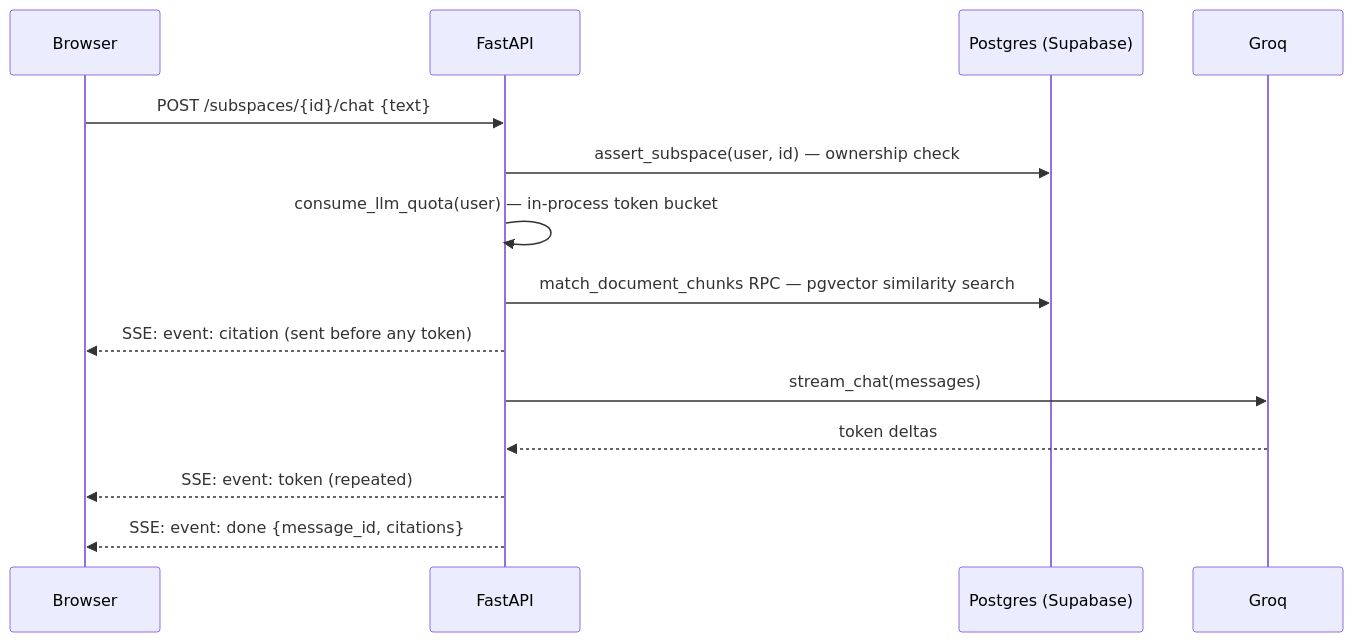
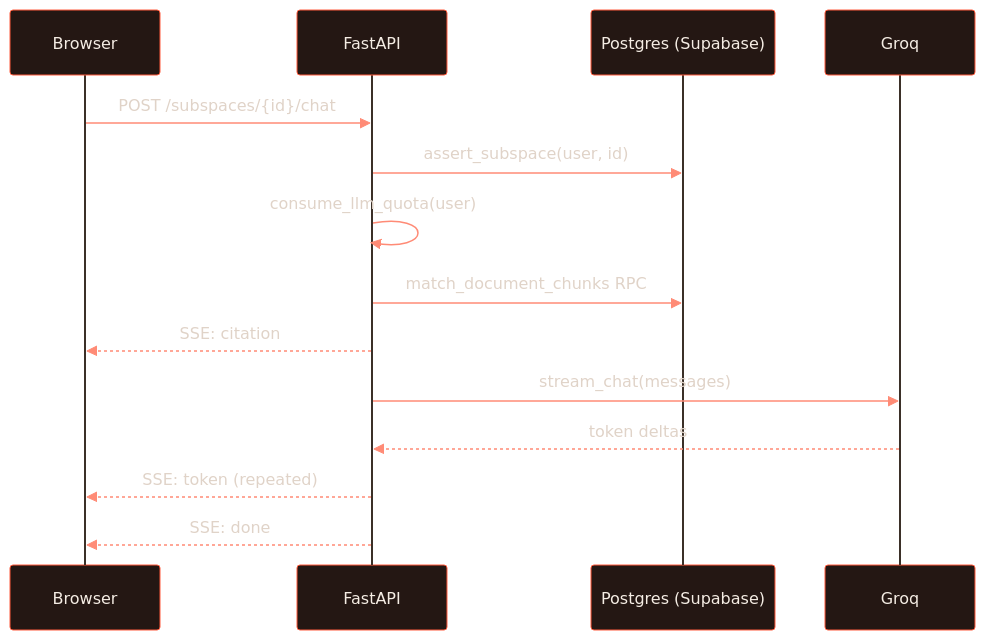
Before and after one commit to Abiram116/New-Space-Learn: the second of 2 diagrams in README.md, drawn with Mermaid. The commit also changed other lines of this file and 5 other files, not shown here.

````diff
--- a/README.md
+++ b/README.md
@@ -213,17 +276,27 @@
 ```mermaid
+%%{init: {'theme':'base', 'themeVariables': {
+  'primaryColor': '#262119', 'primaryTextColor': '#f5ede4', 'primaryBorderColor': '#ff5a3c',
+  'lineColor': '#ff8b76', 'background': '#1e1a17', 'mainBkg': '#262119',
+  'actorBkg': '#241713', 'actorBorder': '#ff5a3c', 'actorTextColor': '#f5ede4',
+  'actorLineColor': '#3b3028', 'signalColor': '#ff8b76', 'signalTextColor': '#e0d3c8',
+  'labelBoxBkgColor': '#0e2f34', 'labelBoxBorderColor': '#35d6e8', 'labelTextColor': '#f5ede4',
+  'noteBkgColor': '#34260c', 'noteBorderColor': '#ffc53d', 'noteTextColor': '#ffdd8f',
+  'activationBkgColor': '#22320f', 'activationBorderColor': '#b8ff3c',
+  'sequenceNumberColor': '#1e1a17', 'fontFamily': 'Courier New, monospace', 'fontSize': '13px'
+}}}%%
 sequenceDiagram
     participant U as Browser
     participant A as FastAPI
     participant D as Postgres (Supabase)
     participant G as Groq
 
-    U->>A: POST /subspaces/{id}/chat  {text}
-    A->>D: assert_subspace(user, id) — ownership check
-    A->>A: consume_llm_quota(user) — in-process token bucket
-    A->>D: match_document_chunks RPC — pgvector similarity search
-    A-->>U: SSE: event: citation  (sent before any token)
+    U->>A: POST /subspaces/{id}/chat
+    A->>D: assert_subspace(user, id)
+    A->>A: consume_llm_quota(user)
+    A->>D: match_document_chunks RPC
+    A-->>U: SSE: citation
     A->>G: stream_chat(messages)
     G-->>A: token deltas
-    A-->>U: SSE: event: token  (repeated)
-    A-->>U: SSE: event: done  {message_id, citations}
+    A-->>U: SSE: token (repeated)
+    A-->>U: SSE: done
 ```
````
